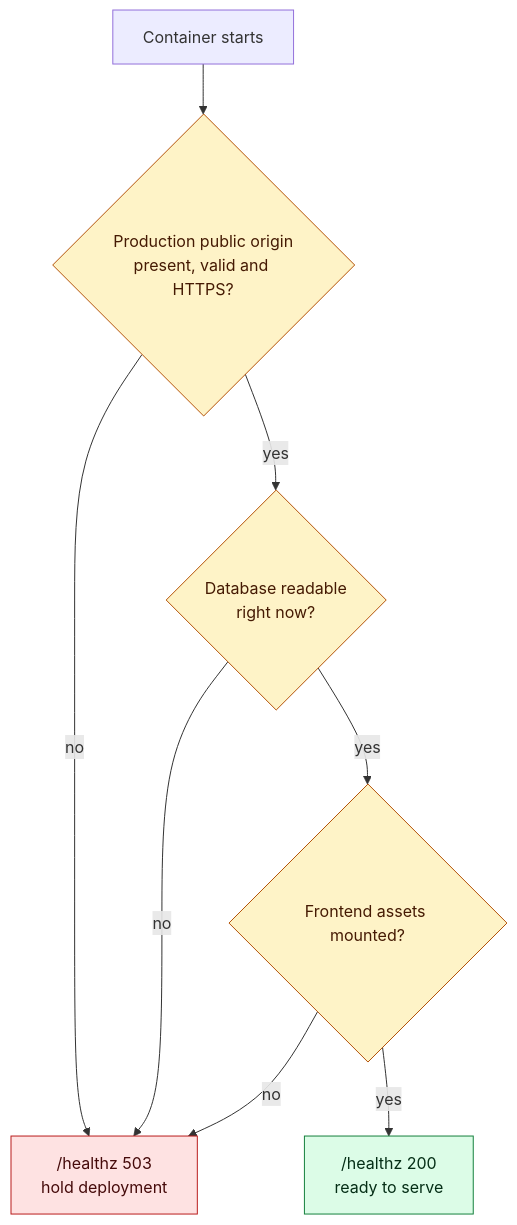
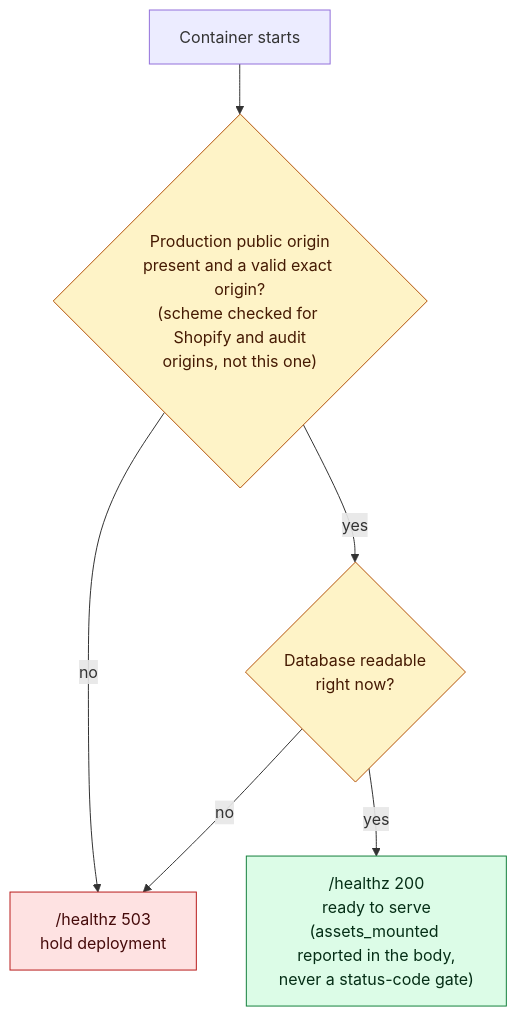
Diagram 25 of 27 in docs/ARCHITECTURE.md (ichiorca/actionwitness), drawn with Mermaid before and after one commit. The commit also changed other lines of this file and 12 other files, not shown here.

````diff
--- a/docs/ARCHITECTURE.md
+++ b/docs/ARCHITECTURE.md
@@ -783,24 +791,21 @@
 ```mermaid
 flowchart TB
     START["Container starts"]
-    CONFIG{"Production public origin<br/>present, valid and HTTPS?"}
+    CONFIG{"Production public origin<br/>present and a valid exact origin?<br/>(scheme checked for Shopify and audit<br/>origins, not this one)"}
     DB{"Database readable<br/>right now?"}
-    ASSETS{"Frontend assets mounted?"}
-    READY["/healthz 200<br/>ready to serve"]
+    READY["/healthz 200<br/>ready to serve<br/>(assets_mounted reported in the body,<br/>never a status-code gate)"]
     HOLD["/healthz 503<br/>hold deployment"]
 
     START --> CONFIG
     CONFIG -->|no| HOLD
     CONFIG -->|yes| DB
     DB -->|no| HOLD
-    DB -->|yes| ASSETS
-    ASSETS -->|no| HOLD
-    ASSETS -->|yes| READY
+    DB -->|yes| READY
 
     classDef gate fill:#fef3c7,stroke:#b45309,color:#451a03;
     classDef good fill:#dcfce7,stroke:#15803d,color:#052e16;
     classDef bad fill:#fee2e2,stroke:#b91c1c,color:#450a0a;
-    class CONFIG,DB,ASSETS gate;
+    class CONFIG,DB gate;
     class READY good;
     class HOLD bad;
 ```
````
